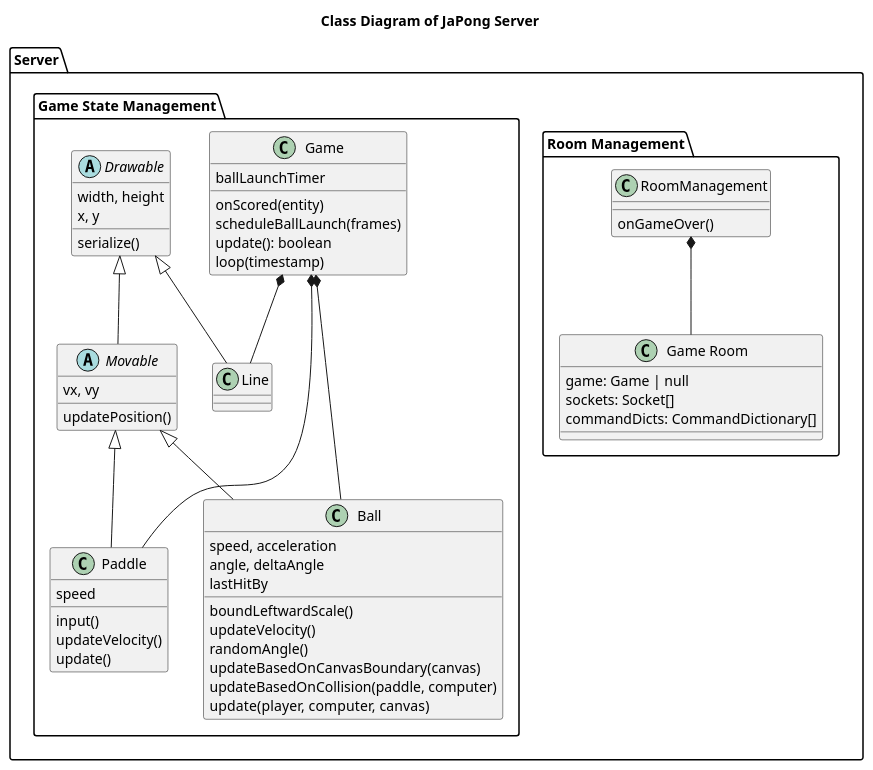
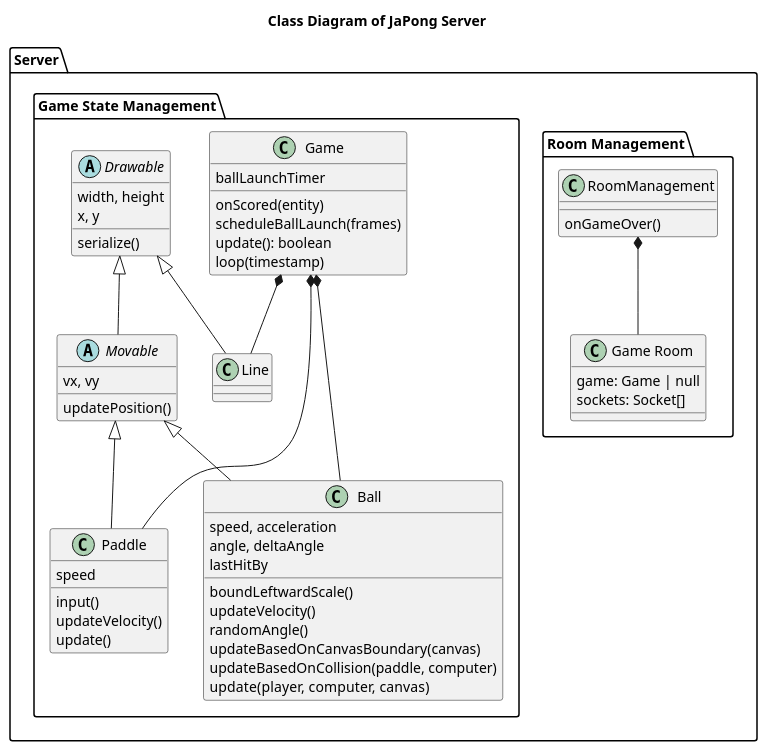
Before and after one commit to uztbt/pong: the diagram in document/uml/classServer.plantuml, drawn with PlantUML. The commit also changed 3 other files, not shown here.

Commit message:
Add deployment diagrams

```diff
--- a/document/uml/classServer.plantuml
+++ b/document/uml/classServer.plantuml
@@ -1,74 +1,73 @@
 @startuml
 
 title "Class Diagram of JaPong Server"
 
 package Server {
     package "Room Management" as RoomManagement {
         class RoomManagement {
             onGameOver()
         }
         class "Game Room" as GameRoom {
             game: Game | null
             sockets: Socket[]
-            commandDicts: CommandDictionary[]
         }
         RoomManagement *-- GameRoom
     }
     package "Game State Management" as GameStateManagement {
         class Game {
         ballLaunchTimer
         onScored(entity)
         scheduleBallLaunch(frames)
         update(): boolean
         loop(timestamp)
         }
 
         class Paddle {
         speed
         input()
         updateVelocity()
         update()
         }
 
         class Ball {
         speed, acceleration
         angle, deltaAngle
         lastHitBy
         boundLeftwardScale()
         ' boundRightwardScale()
         updateVelocity()
         randomAngle()
         ' flipHorizontally()
         ' boundByCollision(paddle)
         updateBasedOnCanvasBoundary(canvas)
         updateBasedOnCollision(paddle, computer)
         update(player, computer, canvas)
         }
 
         class Line {
         }
 
         abstract "Drawable"  as DrawableServer {
         width, height
         x, y
         serialize()
         }
 
         abstract Movable {
         vx, vy
         updatePosition()
         }
 
         Game *--- Paddle
         Game *--- Ball
         Game *-- Line
 
         DrawableServer <|-- Movable
         DrawableServer <|-- Line
 
         Movable <|-- Paddle
         Movable <|-- Ball
     }
 }
 
 @enduml
```
